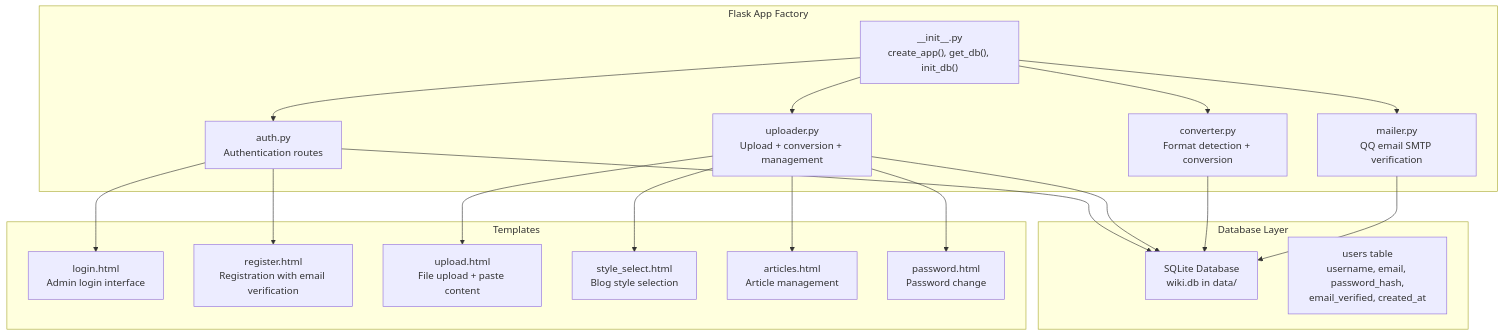
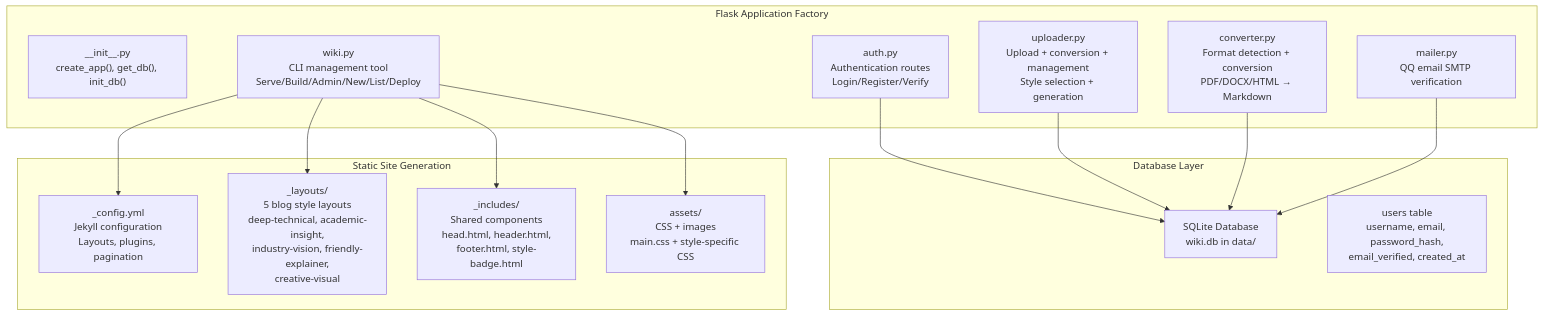
Before and after one commit to PolarisW007/PolaZhenJing: the first of 7 diagrams in .qoder/repowiki/en/content/Backend Application/Backend Application.md, drawn with Mermaid. The commit also changed other lines of this file and 12 other files, not shown here.

````diff
--- a/.qoder/repowiki/en/content/Backend Application/Backend Application.md
+++ b/.qoder/repowiki/en/content/Backend Application/Backend Application.md
@@ -40,36 +46,29 @@
 ```mermaid
 graph TB
-subgraph "Flask App Factory"
+subgraph "Flask Application Factory"
 APP["__init__.py<br/>create_app(), get_db(), init_db()"]
-ENDPT["auth.py<br/>Authentication routes"]
-UP["uploader.py<br/>Upload + conversion + management"]
-CONV["converter.py<br/>Format detection + conversion"]
+AUTH["auth.py<br/>Authentication routes<br/>Login/Register/Verify"]
+UP["uploader.py<br/>Upload + conversion + management<br/>Style selection + generation"]
+CONV["converter.py<br/>Format detection + conversion<br/>PDF/DOCX/HTML → Markdown"]
 MAIL["mailer.py<br/>QQ email SMTP verification"]
+CLI["wiki.py<br/>CLI management tool<br/>Serve/Build/Admin/New/List/Deploy"]
 end
 subgraph "Database Layer"
 SQLITE["SQLite Database<br/>wiki.db in data/"]
 USERS["users table<br/>username, email, password_hash,<br/>email_verified, created_at"]
 end
-subgraph "Templates"
-LOGIN["login.html<br/>Admin login interface"]
-REG["register.html<br/>Registration with email verification"]
-UPLOAD["upload.html<br/>File upload + paste content"]
-STYLE["style_select.html<br/>Blog style selection"]
-ART["articles.html<br/>Article management"]
-PASS["password.html<br/>Password change"]
+subgraph "Static Site Generation"
+JEKYLL["_config.yml<br/>Jekyll configuration<br/>Layouts, plugins, pagination"]
+LAYOUTS["_layouts/<br/>5 blog style layouts<br/>deep-technical, academic-insight,<br/>industry-vision, friendly-explainer,<br/>creative-visual"]
+INCLUDES["_includes/<br/>Shared components<br/>head.html, header.html,<br/>footer.html, style-badge.html"]
+ASSETS["assets/<br/>CSS + images<br/>main.css + style-specific CSS"]
 end
-APP --> ENDPT
-APP --> UP
-APP --> CONV
-APP --> MAIL
-ENDPT --> SQLITE
+AUTH --> SQLITE
 UP --> SQLITE
 CONV --> SQLITE
 MAIL --> SQLITE
-ENDPT --> LOGIN
-ENDPT --> REG
-UP --> UPLOAD
-UP --> STYLE
-UP --> ART
-UP --> PASS
+CLI --> JEKYLL
+CLI --> LAYOUTS
+CLI --> INCLUDES
+CLI --> ASSETS
 ```
````
